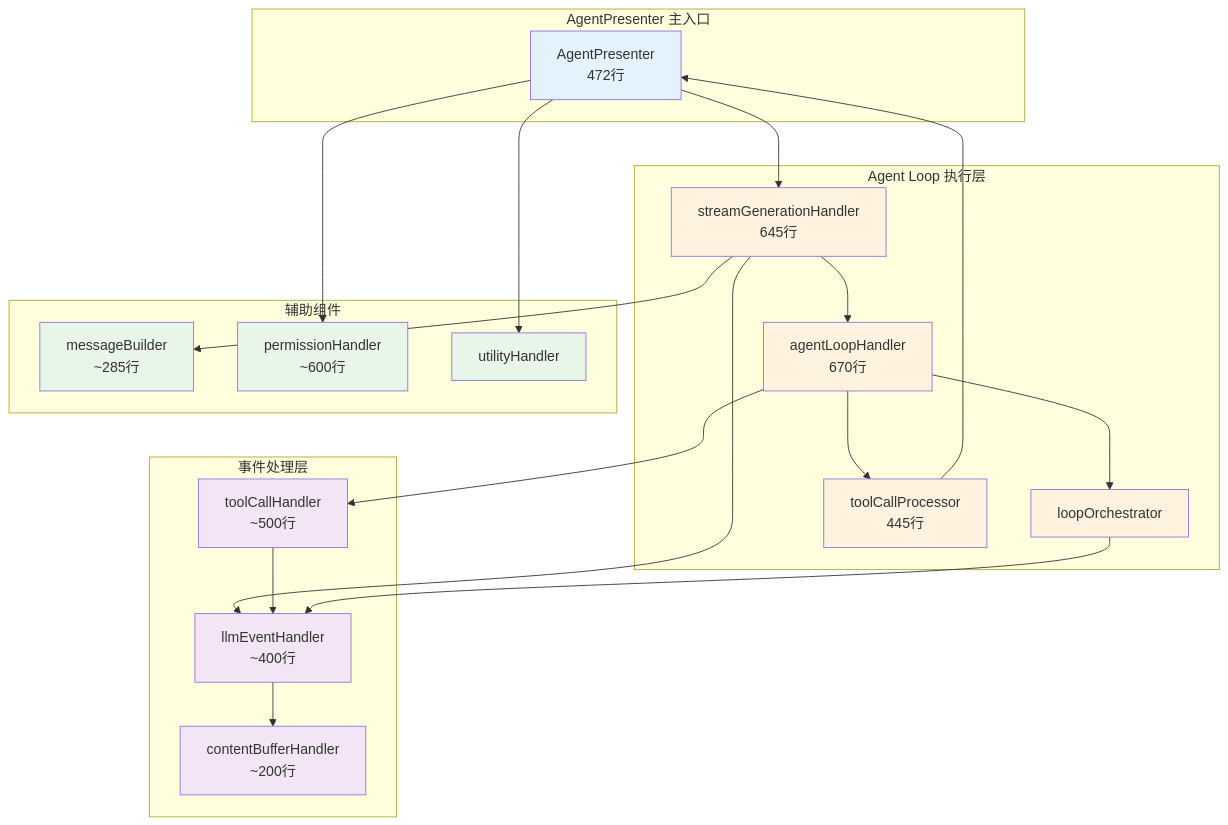
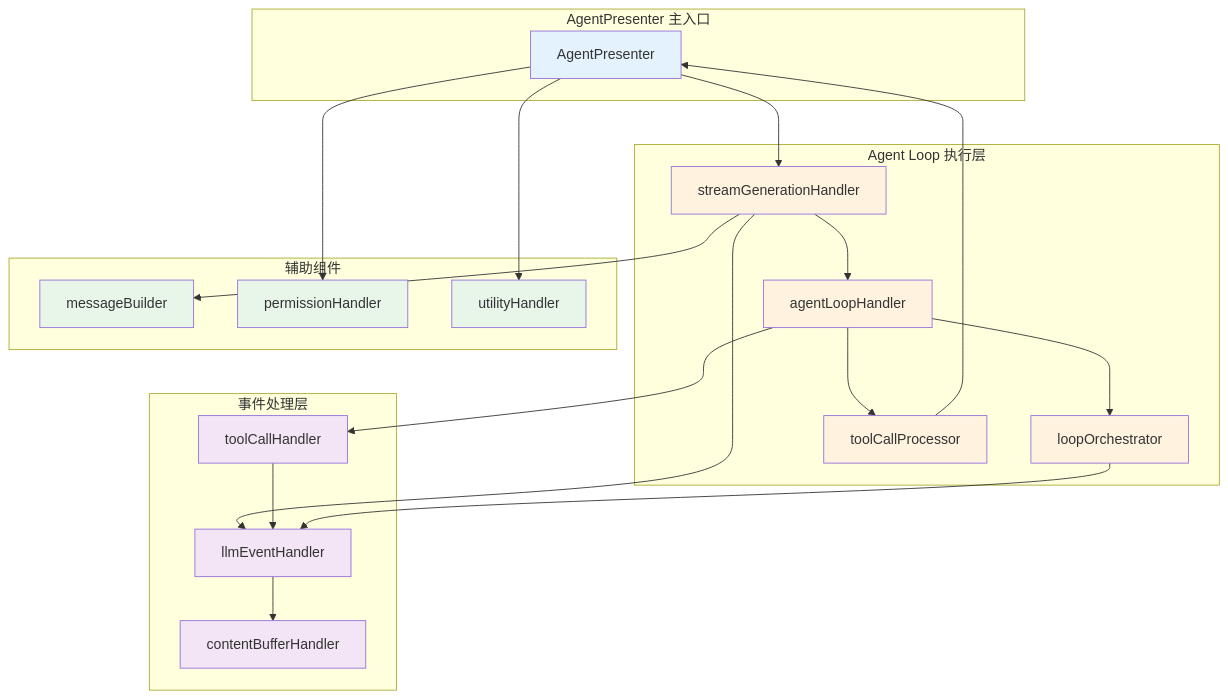
One commit to wangle201210/deepchat changed the first of 3 diagrams in docs/architecture/agent-system.md. Above: the diagram before and after it, drawn with Mermaid. The commit also changed other lines of this file and 3 other files, not shown here.

First line of the commit message:
docs: clean up architecture docs and add usePresenter IPC pattern

````diff
--- a/docs/architecture/agent-system.md
+++ b/docs/architecture/agent-system.md
@@ -22,53 +22,53 @@
 ```mermaid
 graph TB
     subgraph "AgentPresenter 主入口"
-        AgentP[AgentPresenter<br/>472行]
+        AgentP[AgentPresenter]
     end
 
     subgraph "Agent Loop 执行层"
-        StreamGen[streamGenerationHandler<br/>645行]
-        AgentLoop[agentLoopHandler<br/>670行]
+        StreamGen[streamGenerationHandler]
+        AgentLoop[agentLoopHandler]
         LoopOrch[loopOrchestrator]
-        ToolCallProc[toolCallProcessor<br/>445行]
+        ToolCallProc[toolCallProcessor]
     end
 
     subgraph "事件处理层"
-        LLMEvent[llmEventHandler<br/>~400行]
-        ToolCall[toolCallHandler<br/>~500行]
-        BufHandler[contentBufferHandler<br/>~200行]
+        LLMEvent[llmEventHandler]
+        ToolCall[toolCallHandler]
+        BufHandler[contentBufferHandler]
     end
 
     subgraph "辅助组件"
-        MessageBuilder[messageBuilder<br/>~285行]
-        PermHandler[permissionHandler<br/>~600行]
+        MessageBuilder[messageBuilder]
+        PermHandler[permissionHandler]
         Utility[utilityHandler]
     end
 
     AgentP --> StreamGen
     AgentP --> PermHandler
     AgentP --> Utility
 
     StreamGen --> AgentLoop
     StreamGen --> LLMEvent
     StreamGen --> MessageBuilder
 
     AgentLoop --> LoopOrch
     AgentLoop --> ToolCallProc
     AgentLoop --> ToolCall
 
     ToolCallProc --> AgentP
     ToolCall --> LLMEvent
     LLMEvent --> BufHandler
 
     LoopOrch --> LLMEvent
 
     classDef entry fill:#e3f2fd
     classDef loop fill:#fff3e0
     classDef event fill:#f3e5f5
     classDef util fill:#e8f5e9
 
     class AgentP entry
     class StreamGen,AgentLoop,LoopOrch,ToolCallProc loop
     class LLMEvent,ToolCall,BufHandler event
     class MessageBuilder,PermHandler,Utility util
 ```
````
